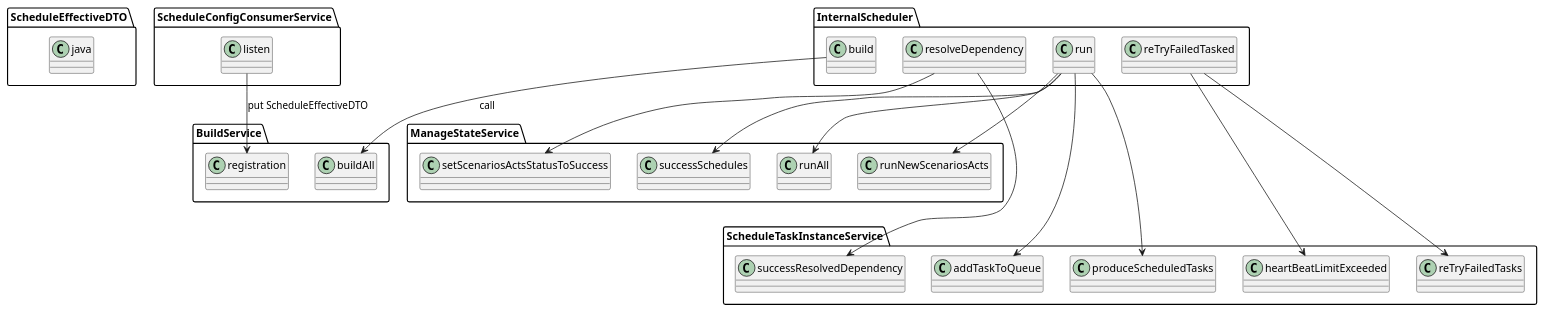
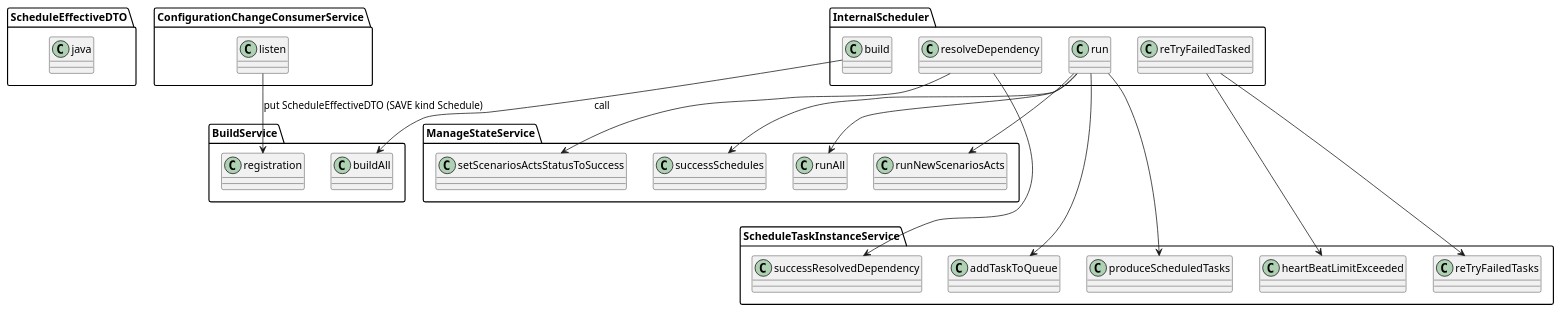
One commit to zaytsevdmitry/lakehouse changed the diagram in lakehouse-scheduler-svc/doc-ru/scheduling/SchedulerClasses.puml. Above: the diagram before and after it, drawn with PlantUML. The commit also changed 380 other files, not shown here.

```diff
--- a/lakehouse-scheduler-svc/doc-ru/scheduling/SchedulerClasses.puml
+++ b/lakehouse-scheduler-svc/doc-ru/scheduling/SchedulerClasses.puml
@@ -1,21 +1,21 @@
 @startuml
 
 class ScheduleEffectiveDTO.java
 
-ScheduleConfigConsumerService.listen -->   BuildService.registration : put ScheduleEffectiveDTO
+ConfigurationChangeConsumerService.listen -->   BuildService.registration : put ScheduleEffectiveDTO (SAVE kind Schedule)
 
 InternalScheduler.build --> BuildService.buildAll : call
 
 InternalScheduler.resolveDependency -->ManageStateService.setScenariosActsStatusToSuccess
 InternalScheduler.resolveDependency --->ScheduleTaskInstanceService.successResolvedDependency
 
 InternalScheduler.run -->		ManageStateService.runAll
 InternalScheduler.run -->		ManageStateService.runNewScenariosActs
 InternalScheduler.run --->	ScheduleTaskInstanceService.addTaskToQueue
 InternalScheduler.run ---> ScheduleTaskInstanceService.produceScheduledTasks
 InternalScheduler.run -->		ManageStateService.successSchedules
 
 InternalScheduler.reTryFailedTasked ---> ScheduleTaskInstanceService.heartBeatLimitExceeded
 InternalScheduler.reTryFailedTasked ---> ScheduleTaskInstanceService.reTryFailedTasks
 
 @enduml
```
